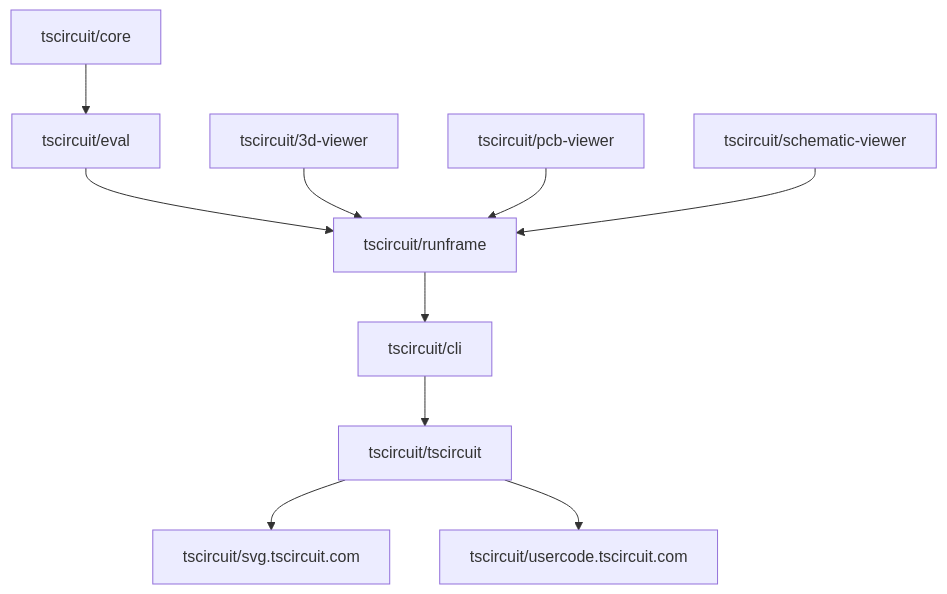
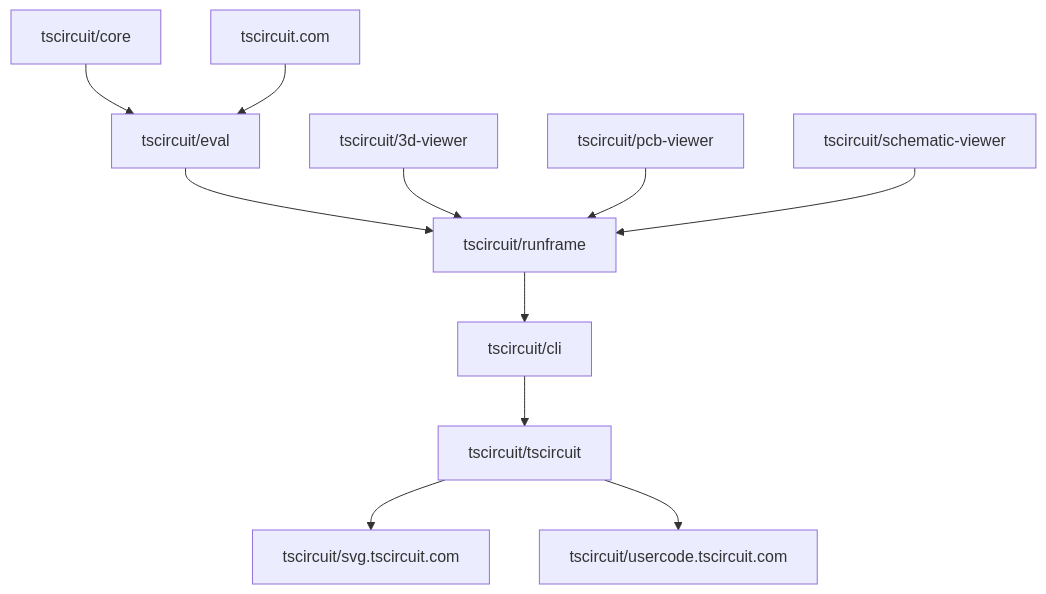
Before and after one commit to tscircuit/docs: the diagram in docs/contributing/package-dependencies-and-auto-updates.mdx, drawn with Mermaid.

Commit message:
Add tscircuit.com upstream dependency for eval

````diff
--- a/docs/contributing/package-dependencies-and-auto-updates.mdx
+++ b/docs/contributing/package-dependencies-and-auto-updates.mdx
@@ -14,28 +14,31 @@
 ```mermaid
 flowchart TD
 
     %% Core to Eval
     core[tscircuit/core] --> eval[tscircuit/eval]
+
+    %% Website to Eval
+    website[tscircuit.com] --> eval
 
     %% Eval to Runframe
     eval --> runframe[tscircuit/runframe]
 
     %% 3D Viewer to Runframe
     viewer3d[tscircuit/3d-viewer] --> runframe
 
     %% PCB Viewer to Runframe
     pcbviewer[tscircuit/pcb-viewer] --> runframe
 
     %% Schematic Viewer to Runframe
     schemaviewer[tscircuit/schematic-viewer] --> runframe
 
     %% Runframe to CLI
     runframe --> cli[tscircuit/cli]
 
     %% CLI to Tscircuit
     cli --> tscircuit[tscircuit/tscircuit]
 
     %% Tscircuit to web services
     tscircuit --> svg[tscircuit/svg.tscircuit.com]
     tscircuit --> usercode[tscircuit/usercode.tscircuit.com]
 ```
````
